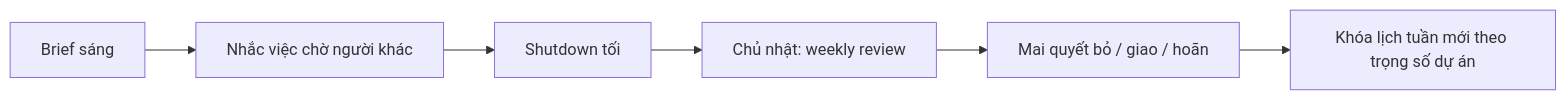
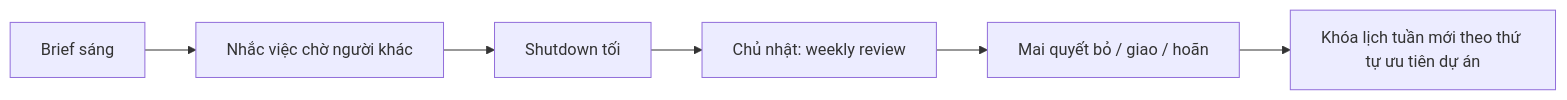
One commit to ndbmai/Lowtechie changed the fifth of 5 diagrams in docs/PRD.md. Above: the diagram before and after it, drawn with Mermaid. The commit also changed other lines of this file and 20 other files, not shown here.

````diff
--- a/docs/PRD.md
+++ b/docs/PRD.md
@@ -731,7 +807,7 @@
 ```mermaid
 flowchart LR
   A[Brief sáng] --> B[Nhắc việc chờ người khác] --> C[Shutdown tối]
   C --> D[Chủ nhật: weekly review]
   D --> E[Mai quyết bỏ / giao / hoãn]
-  E --> F[Khóa lịch tuần mới theo trọng số dự án]
+  E --> F[Khóa lịch tuần mới theo thứ tự ưu tiên dự án]
 ```
````
